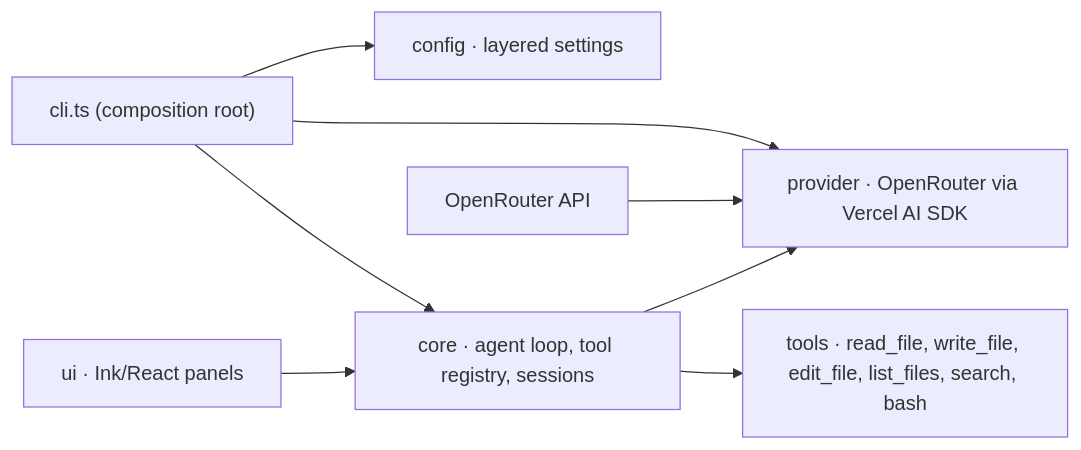
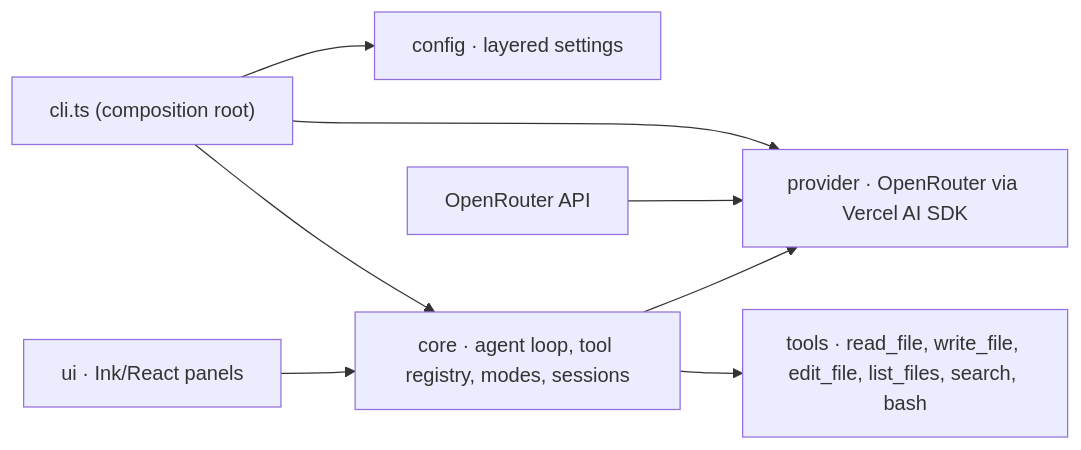
One commit to Vishesh-Verma-07/ViCode changed the diagram in README.md. Above: the diagram before and after it, drawn with Mermaid. The commit also changed other lines of this file, not shown here.

First line of the commit message:
docs(readme): cover Modes and in-project sessions, correct stale runtime claims

````diff
--- a/README.md
+++ b/README.md
@@ -38,10 +258,10 @@
 ```mermaid
 flowchart LR
     CLI["cli.ts (composition root)"] --> CONFIG["config · layered settings"]
     CLI --> PROVIDER["provider · OpenRouter via Vercel AI SDK"]
-    CLI --> CORE["core · agent loop, tool registry, sessions"]
+    CLI --> CORE["core · agent loop, tool registry, modes, sessions"]
     CORE --> PROVIDER
     CORE --> TOOLS["tools · read_file, write_file, edit_file, list_files, search, bash"]
     UI["ui · Ink/React panels"] --> CORE
     OPENROUTER["OpenRouter API"] --> PROVIDER
 ```
````
